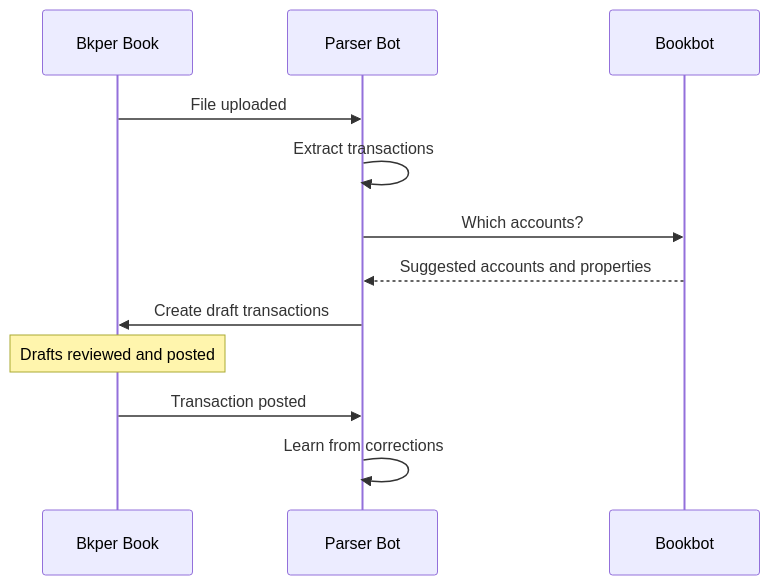
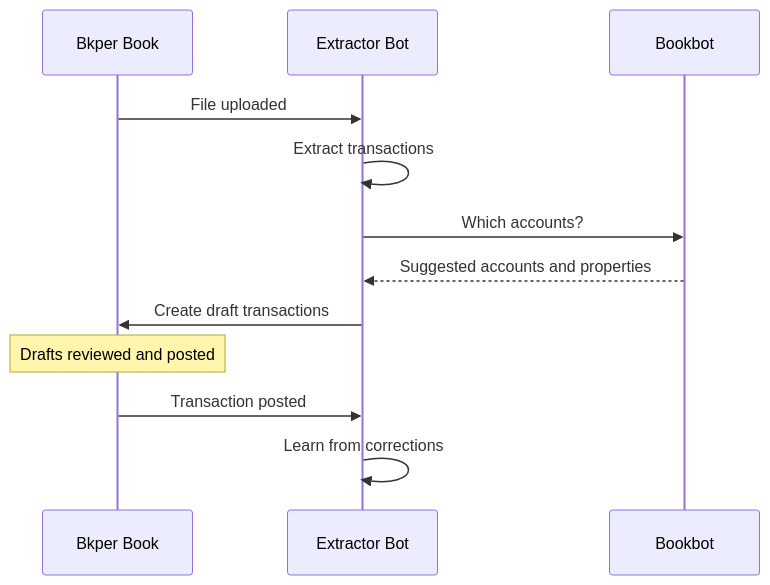
The diagram in parser-bot/README.md (bkper/bkper-apps), drawn with Mermaid before and after one commit. The commit also changed other lines of this file and 4 other files, not shown here.

First line of the commit message:
parser-bot: Rename public name to Extractor Bot

````diff
--- a/parser-bot/README.md
+++ b/parser-bot/README.md
@@ -9,15 +9,15 @@
 ```mermaid
 sequenceDiagram
     participant Book as Bkper Book
-    participant Parser as Parser Bot
+    participant Extractor as Extractor Bot
     participant Bookbot as Bookbot
 
-    Book->>Parser: File uploaded
-    Parser->>Parser: Extract transactions
-    Parser->>Bookbot: Which accounts?
-    Bookbot-->>Parser: Suggested accounts and properties
-    Parser->>Book: Create draft transactions
+    Book->>Extractor: File uploaded
+    Extractor->>Extractor: Extract transactions
+    Extractor->>Bookbot: Which accounts?
+    Bookbot-->>Extractor: Suggested accounts and properties
+    Extractor->>Book: Create draft transactions
     Note over Book: Drafts reviewed and posted
-    Book->>Parser: Transaction posted
-    Parser->>Parser: Learn from corrections
+    Book->>Extractor: Transaction posted
+    Extractor->>Extractor: Learn from corrections
 ```
````
